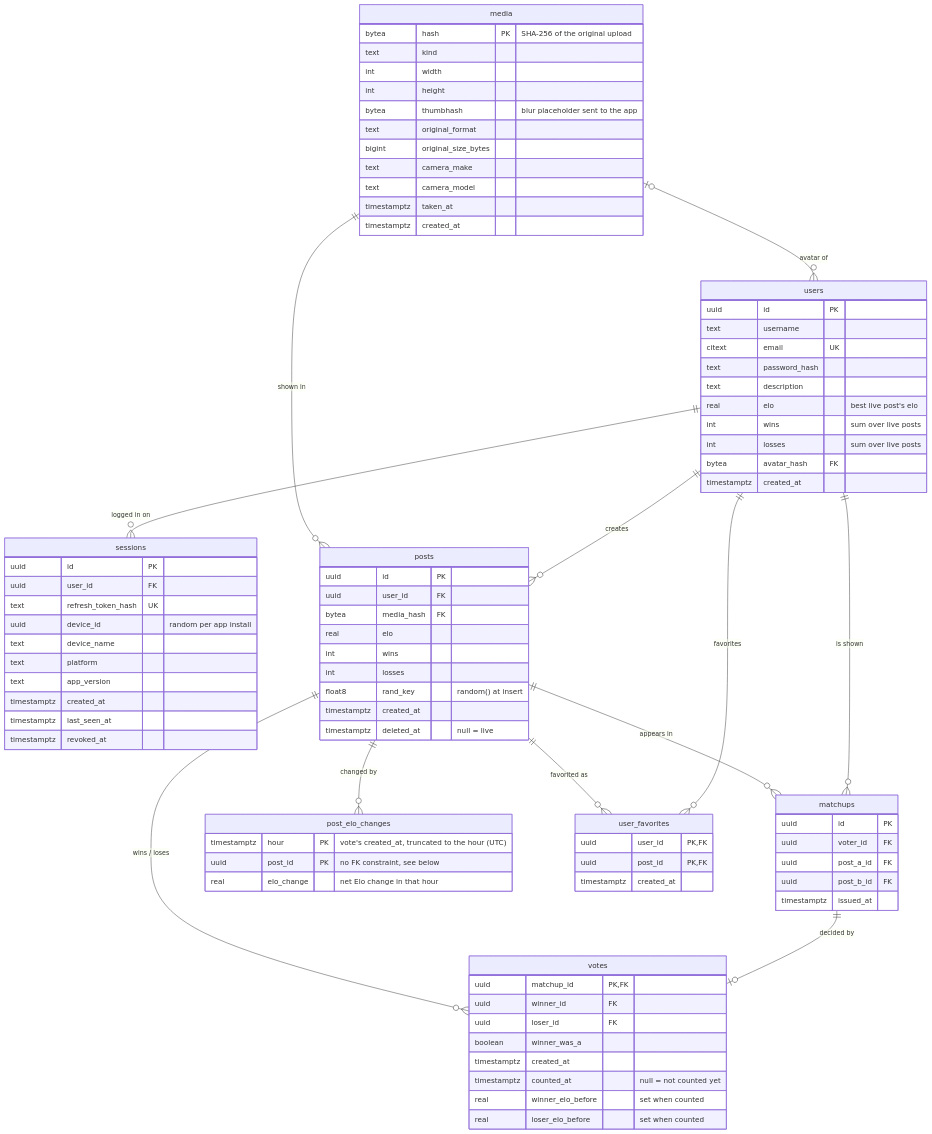
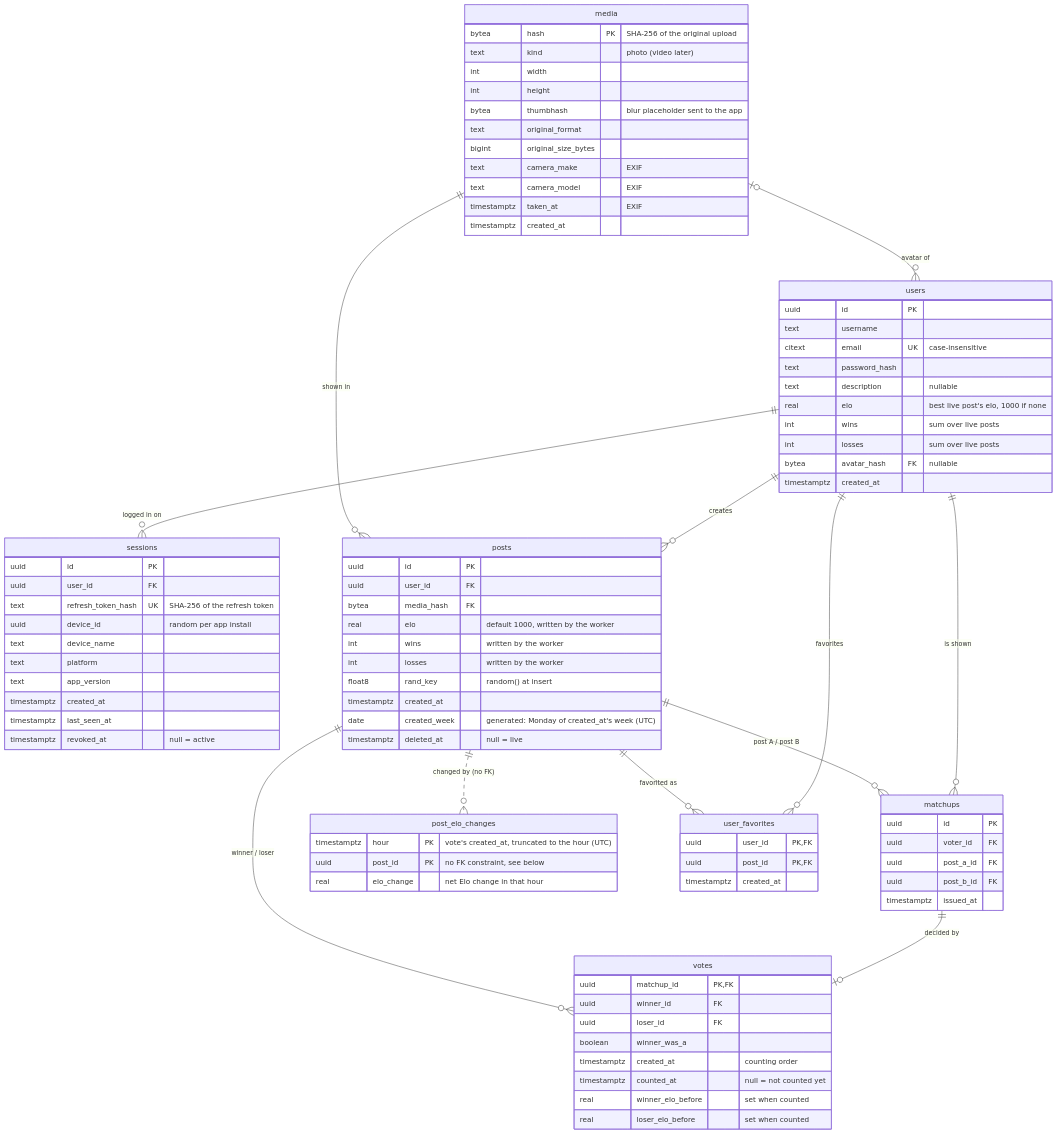
One commit to Aarhus-tech-project/2026q4-h5-projektstyring-og-app-programmering-group-2 changed the diagram in DatabaseDiagram.md. Above: the diagram before and after it, drawn with Mermaid. The commit also changed other lines of this file and 39 other files, not shown here.

Commit message:
New diagrams and moved controllers

````diff
--- a/DatabaseDiagram.md
+++ b/DatabaseDiagram.md
@@ -3,49 +9,50 @@
     users {
         uuid id PK
         text username
-        citext email UK
+        citext email UK "case-insensitive"
         text password_hash
-        text description
-        real elo "best live post's elo"
+        text description "nullable"
+        real elo "best live post's elo, 1000 if none"
         int wins "sum over live posts"
         int losses "sum over live posts"
-        bytea avatar_hash FK
+        bytea avatar_hash FK "nullable"
         timestamptz created_at
     }
     sessions {
         uuid id PK
         uuid user_id FK
-        text refresh_token_hash UK
+        text refresh_token_hash UK "SHA-256 of the refresh token"
         uuid device_id "random per app install"
         text device_name
         text platform
         text app_version
         timestamptz created_at
         timestamptz last_seen_at
-        timestamptz revoked_at
+        timestamptz revoked_at "null = active"
     }
     media {
         bytea hash PK "SHA-256 of the original upload"
-        text kind
+        text kind "photo (video later)"
         int width
         int height
         bytea thumbhash "blur placeholder sent to the app"
         text original_format
         bigint original_size_bytes
-        text camera_make
-        text camera_model
-        timestamptz taken_at
+        text camera_make "EXIF"
+        text camera_model "EXIF"
+        timestamptz taken_at "EXIF"
         timestamptz created_at
     }
     posts {
         uuid id PK
         uuid user_id FK
         bytea media_hash FK
-        real elo
-        int wins
-        int losses
+        real elo "default 1000, written by the worker"
+        int wins "written by the worker"
+        int losses "written by the worker"
         float8 rand_key "random() at insert"
         timestamptz created_at
+        date created_week "generated: Monday of created_at's week (UTC)"
         timestamptz deleted_at "null = live"
     }
     matchups {
@@ -60,7 +67,7 @@
         uuid winner_id FK
         uuid loser_id FK
         boolean winner_was_a
-        timestamptz created_at
+        timestamptz created_at "counting order"
         timestamptz counted_at "null = not counted yet"
         real winner_elo_before "set when counted"
         real loser_elo_before "set when counted"
@@ -81,10 +88,10 @@
     media ||--o{ posts : "shown in"
     media |o--o{ users : "avatar of"
     users ||--o{ matchups : "is shown"
-    posts ||--o{ matchups : "appears in"
+    posts ||--o{ matchups : "post A / post B"
     matchups ||--o| votes : "decided by"
-    posts ||--o{ votes : "wins / loses"
+    posts ||--o{ votes : "winner / loser"
     users ||--o{ user_favorites : favorites
     posts ||--o{ user_favorites : "favorited as"
-    posts ||--o{ post_elo_changes : "changed by"
+    posts ||..o{ post_elo_changes : "changed by (no FK)"
 ```
````
